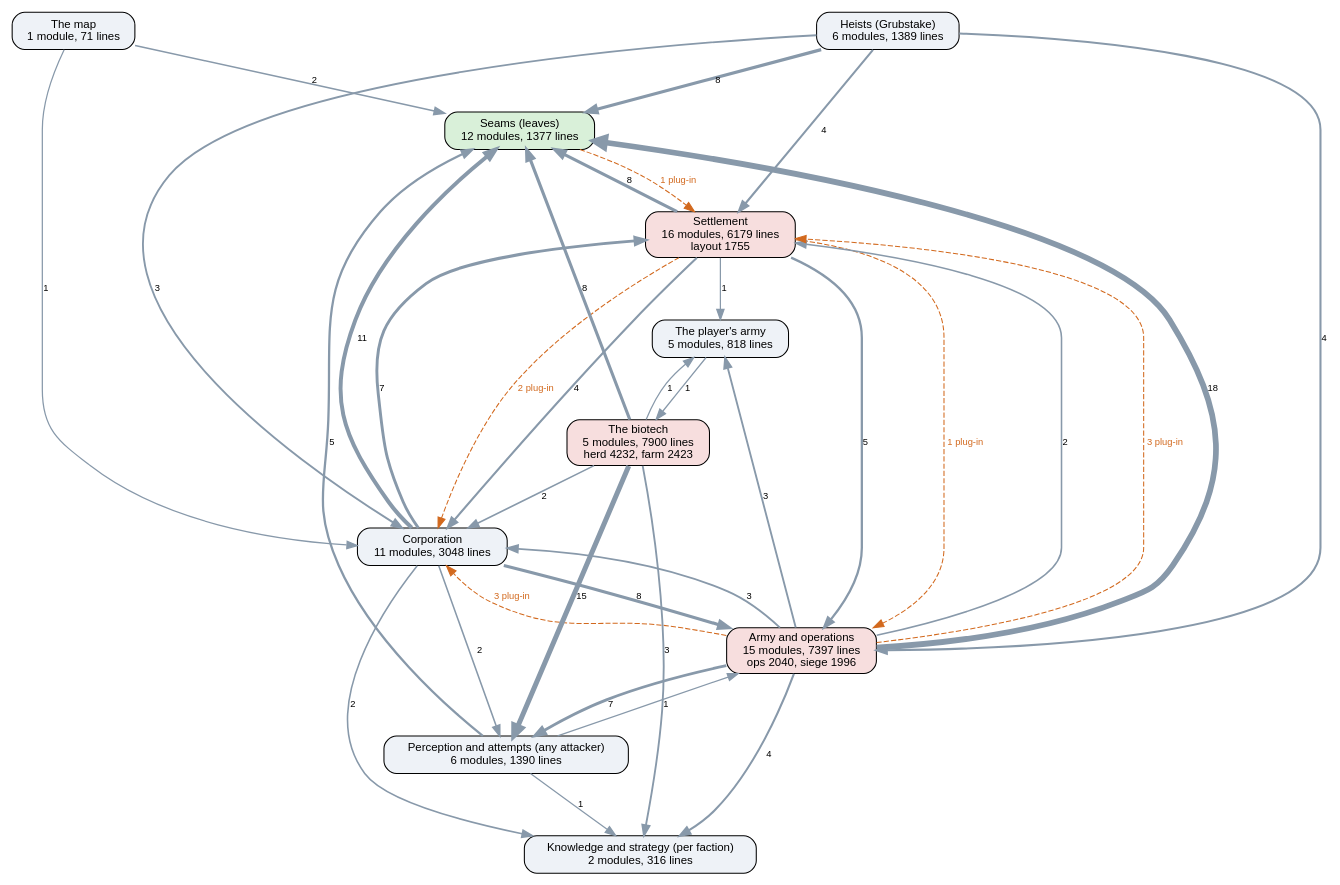
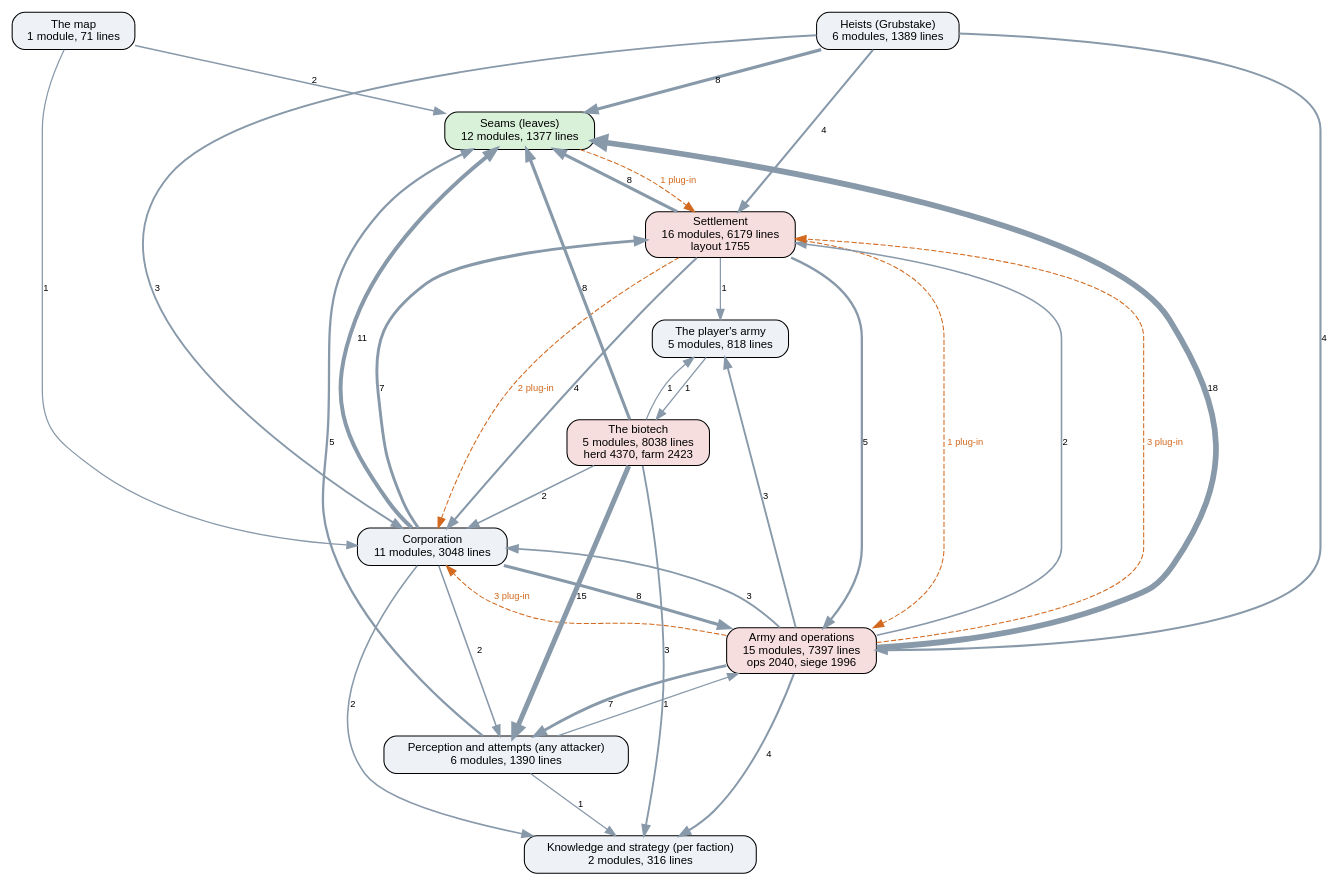
The diagram in docs/ai-layers.dot (kinelhu/landing-party), drawn with Graphviz before and after one commit. The commit also changed 11 other files, not shown here.

```diff
--- a/docs/ai-layers.dot
+++ b/docs/ai-layers.dot
@@ -1,50 +1,50 @@
 digraph layers {
   graph [rankdir=TB, fontname="Helvetica", nodesep=0.5, ranksep=0.7];
   node [shape=box, style="rounded,filled", fontname="Helvetica", fontsize=11, fillcolor="#eef2f7"];
   edge [color="#8899aa", fontname="Helvetica", fontsize=9];
   "Seams (leaves)" [label="Seams (leaves)\n12 modules, 1377 lines", fillcolor="#d9f0d9"];
   "Perception and attempts (any attacker)" [label="Perception and attempts (any attacker)\n6 modules, 1390 lines", fillcolor="#eef2f7"];
   "Knowledge and strategy (per faction)" [label="Knowledge and strategy (per faction)\n2 modules, 316 lines", fillcolor="#eef2f7"];
   "Corporation" [label="Corporation\n11 modules, 3048 lines", fillcolor="#eef2f7"];
   "Settlement" [label="Settlement\n16 modules, 6179 lines\nlayout 1755", fillcolor="#f7dede"];
   "Army and operations" [label="Army and operations\n15 modules, 7397 lines\nops 2040, siege 1996", fillcolor="#f7dede"];
   "Heists (Grubstake)" [label="Heists (Grubstake)\n6 modules, 1389 lines", fillcolor="#eef2f7"];
-  "The biotech" [label="The biotech\n5 modules, 7900 lines\nherd 4232, farm 2423", fillcolor="#f7dede"];
+  "The biotech" [label="The biotech\n5 modules, 8038 lines\nherd 4370, farm 2423", fillcolor="#f7dede"];
   "The map" [label="The map\n1 module, 71 lines", fillcolor="#eef2f7"];
   "The player's army" [label="The player's army\n5 modules, 818 lines", fillcolor="#eef2f7"];
   "Army and operations" -> "Corporation" [label="3", penwidth=1.8];
   "Army and operations" -> "Knowledge and strategy (per faction)" [label="4", penwidth=2.0];
   "Army and operations" -> "Perception and attempts (any attacker)" [label="7", penwidth=2.8];
   "Army and operations" -> "Seams (leaves)" [label="18", penwidth=5.5];
   "Army and operations" -> "Settlement" [label="2", penwidth=1.5];
   "Army and operations" -> "The player's army" [label="3", penwidth=1.8];
   "Corporation" -> "Army and operations" [label="8", penwidth=3.0];
   "Corporation" -> "Knowledge and strategy (per faction)" [label="2", penwidth=1.5];
   "Corporation" -> "Perception and attempts (any attacker)" [label="2", penwidth=1.5];
   "Corporation" -> "Seams (leaves)" [label="11", penwidth=3.8];
   "Corporation" -> "Settlement" [label="7", penwidth=2.8];
   "Heists (Grubstake)" -> "Army and operations" [label="4", penwidth=2.0];
   "Heists (Grubstake)" -> "Corporation" [label="3", penwidth=1.8];
   "Heists (Grubstake)" -> "Seams (leaves)" [label="8", penwidth=3.0];
   "Heists (Grubstake)" -> "Settlement" [label="4", penwidth=2.0];
   "Perception and attempts (any attacker)" -> "Army and operations" [label="1", penwidth=1.2];
   "Perception and attempts (any attacker)" -> "Knowledge and strategy (per faction)" [label="1", penwidth=1.2];
   "Perception and attempts (any attacker)" -> "Seams (leaves)" [label="5", penwidth=2.2];
   "Settlement" -> "Army and operations" [label="5", penwidth=2.2];
   "Settlement" -> "Corporation" [label="4", penwidth=2.0];
   "Settlement" -> "Seams (leaves)" [label="8", penwidth=3.0];
   "Settlement" -> "The player's army" [label="1", penwidth=1.2];
   "The biotech" -> "Corporation" [label="2", penwidth=1.5];
   "The biotech" -> "Knowledge and strategy (per faction)" [label="3", penwidth=1.8];
   "The biotech" -> "Perception and attempts (any attacker)" [label="15", penwidth=4.8];
   "The biotech" -> "Seams (leaves)" [label="8", penwidth=3.0];
   "The biotech" -> "The player's army" [label="1", penwidth=1.2];
   "The map" -> "Corporation" [label="1", penwidth=1.2];
   "The map" -> "Seams (leaves)" [label="2", penwidth=1.5];
   "The player's army" -> "The biotech" [label="1", penwidth=1.2];
   "Army and operations" -> "Corporation" [style=dashed, color="#d2691e", fontcolor="#d2691e", label="3 plug-in"];
   "Army and operations" -> "Settlement" [style=dashed, color="#d2691e", fontcolor="#d2691e", label="3 plug-in"];
   "Seams (leaves)" -> "Settlement" [style=dashed, color="#d2691e", fontcolor="#d2691e", label="1 plug-in"];
   "Settlement" -> "Army and operations" [style=dashed, color="#d2691e", fontcolor="#d2691e", label="1 plug-in"];
   "Settlement" -> "Corporation" [style=dashed, color="#d2691e", fontcolor="#d2691e", label="2 plug-in"];
 }
```
